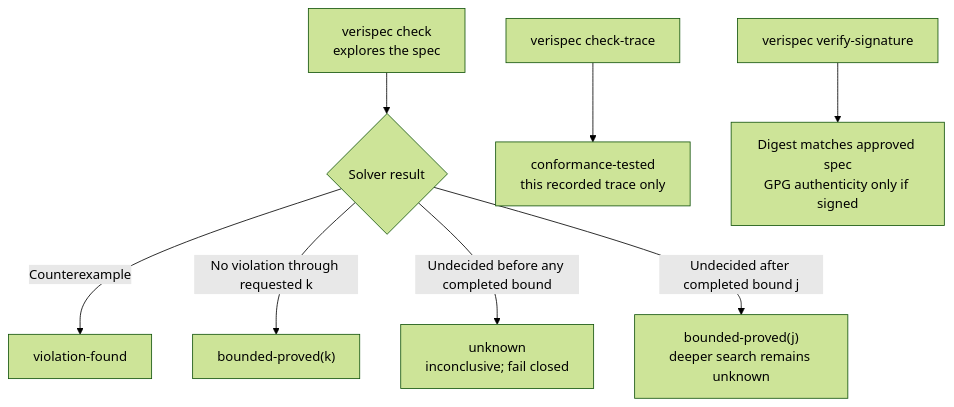
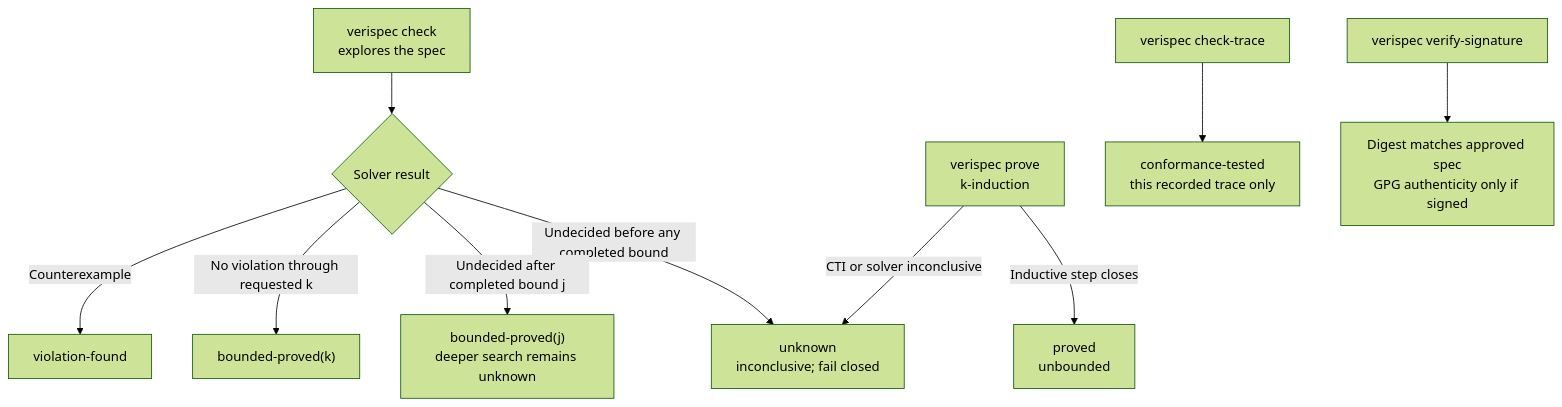
The diagram in docs/guarantees.md (jbt95/verispec), drawn with Mermaid (forest theme) before and after one commit. The commit also changed other lines of this file and 9 other files, not shown here.

First line of the commit message:
feat: k-induction unbounded proofs (`proved` guarantee) (#9)

````diff
--- a/docs/guarantees.md
+++ b/docs/guarantees.md
@@ -20,10 +20,12 @@
 ```mermaid
 flowchart TD
     Check["verispec check<br/>explores the spec"] --> Result{"Solver result"}
     Result -->|Counterexample| Violation["violation-found"]
     Result -->|"No violation through requested k"| Bounded["bounded-proved(k)"]
+    Prove["verispec prove<br/>k-induction"] -->|Inductive step closes| Proved["proved<br/>unbounded"]
+    Prove -->|CTI or solver inconclusive| Unknown
     Result -->|"Undecided before any completed bound"| Unknown["unknown<br/>inconclusive; fail closed"]
     Result -->|"Undecided after completed bound j"| Earlier["bounded-proved(j)<br/>deeper search remains unknown"]
     Trace["verispec check-trace"] --> Conformance["conformance-tested<br/>this recorded trace only"]
     Signature["verispec verify-signature"] --> Digest["Digest matches approved spec<br/>GPG authenticity only if signed"]
 ```
````
